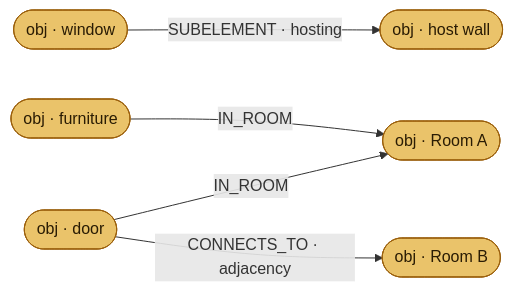
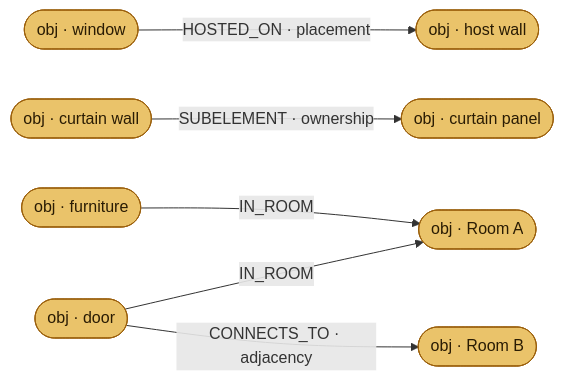
Before and after one commit to specklesystems/speckle-sharp-connectors: diagram 12 of 16 in docs/connector-relations.md, drawn with Mermaid. The commit also changed other lines of this file and 2 other files, not shown here.

````diff
--- a/docs/connector-relations.md
+++ b/docs/connector-relations.md
@@ -365,14 +364,17 @@
 ```mermaid
 graph LR
   WIN([obj · window]):::obj
   WALL([obj · host wall]):::obj
+  CW([obj · curtain wall]):::obj
+  PNL([obj · curtain panel]):::obj
   F([obj · furniture]):::obj
   RA([obj · Room A]):::obj
   D([obj · door]):::obj
   RB([obj · Room B]):::obj
-  WIN -->|SUBELEMENT · hosting| WALL
+  WIN -->|HOSTED_ON · placement| WALL
+  CW -->|SUBELEMENT · ownership| PNL
   F -->|IN_ROOM| RA
   D -->|IN_ROOM| RA
   D -->|CONNECTS_TO · adjacency| RB
   classDef obj fill:#eac36a,stroke:#9a5f0c,color:#2a1c04;
 ```
````
